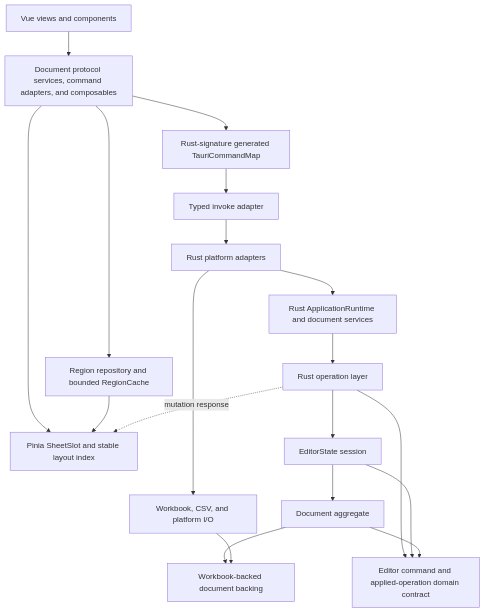
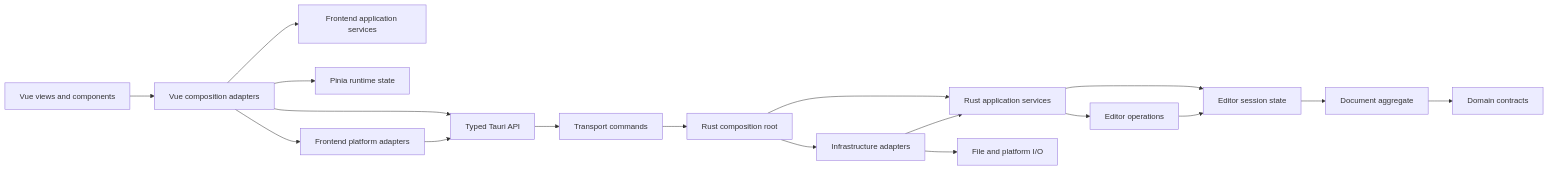
One commit to mingchiuli/simple-table changed the diagram in docs/architecture.md. Above: the diagram before and after it, drawn with Mermaid. The commit also changed other lines of this file and 18 other files, not shown here.

Commit message:
refactor: stabilize architecture boundaries

````diff
--- a/docs/architecture.md
+++ b/docs/architecture.md
@@ -8,27 +13,37 @@
 ```mermaid
-flowchart TB
+flowchart LR
     UI[Vue views and components]
-    APP[Document protocol services, command adapters, and composables]
-    STORE[Pinia SheetSlot and stable layout index]
-    REGION[Region repository and bounded RegionCache]
-    RPC[Rust-signature generated TauriCommandMap]
-    IPC[Typed invoke adapter]
-    ADAPTER[Rust platform adapters]
-    SERVICE[Rust ApplicationRuntime and document services]
-    OPS[Rust operation layer]
-    STATE[EditorState session]
-    DOMAIN[Editor command and applied-operation domain contract]
-    DOC[Document aggregate]
-    BACKING[Workbook-backed document backing]
-    IO[Workbook, CSV, and platform I/O]
+    COMPOSE[Vue composition adapters]
+    FAPP[Frontend application services]
+    STORE[Pinia runtime state]
+    PLATFORM[Frontend platform adapters]
+    IPC[Typed Tauri API]
 
-    UI --> APP --> STORE
-    APP --> REGION --> STORE
-    APP --> RPC --> IPC --> ADAPTER --> SERVICE --> OPS --> STATE --> DOC --> BACKING
+    COMMAND[Transport commands]
+    RUNTIME[Rust composition root]
+    RAPP[Rust application services]
+    OPS[Editor operations]
+    STATE[Editor session state]
+    DOCUMENT[Document aggregate]
+    DOMAIN[Domain contracts]
+    ADAPTER[Infrastructure adapters]
+    IO[File and platform I/O]
+
+    UI --> COMPOSE
+    COMPOSE --> FAPP
+    COMPOSE --> STORE
+    COMPOSE --> PLATFORM
+    COMPOSE --> IPC
+    PLATFORM --> IPC
+    IPC --> COMMAND
+    COMMAND --> RUNTIME
+    RUNTIME --> RAPP
+    RUNTIME --> ADAPTER
+    RAPP --> OPS
+    RAPP --> STATE
+    OPS --> STATE
+    STATE --> DOCUMENT
+    DOCUMENT --> DOMAIN
+    ADAPTER --> RAPP
     ADAPTER --> IO
-    IO --> BACKING
-    OPS --> DOMAIN
-    STATE --> DOMAIN
-    DOC --> DOMAIN
-    OPS -. mutation response .-> STORE
 ```
````
